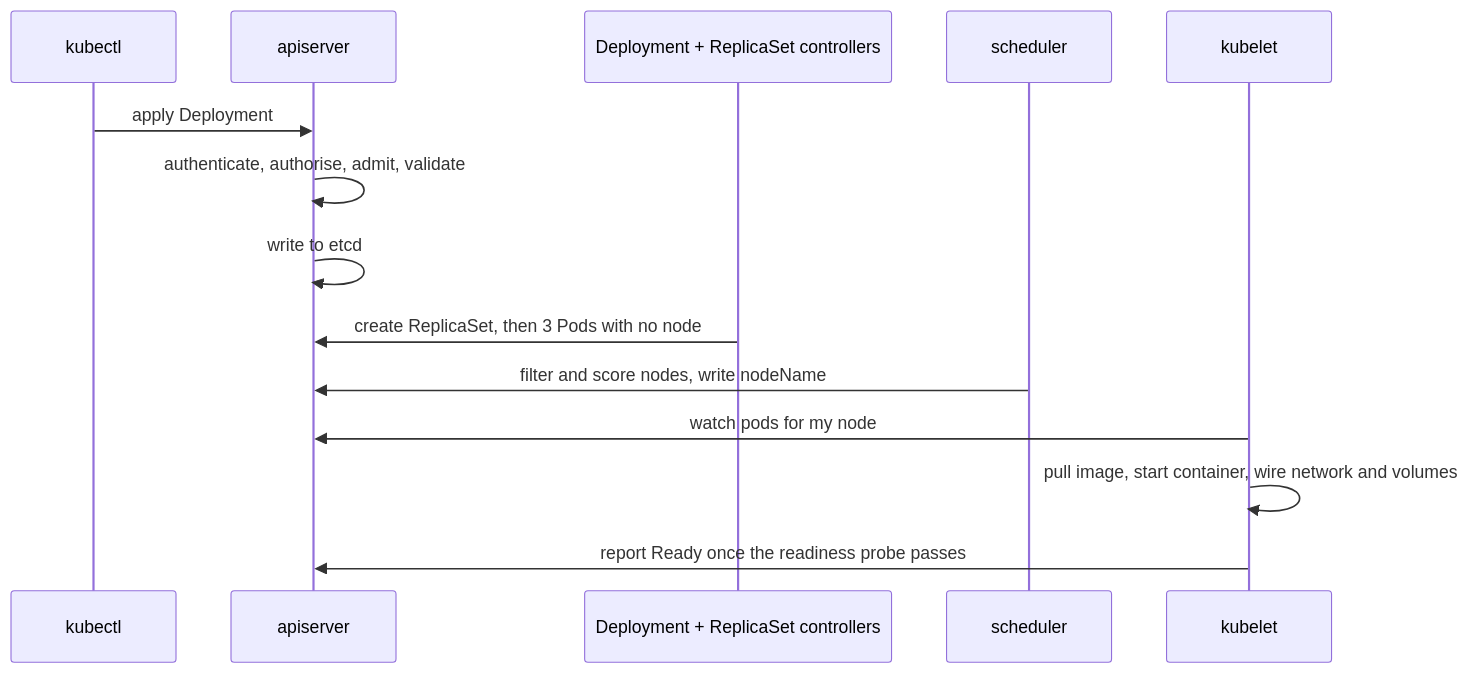
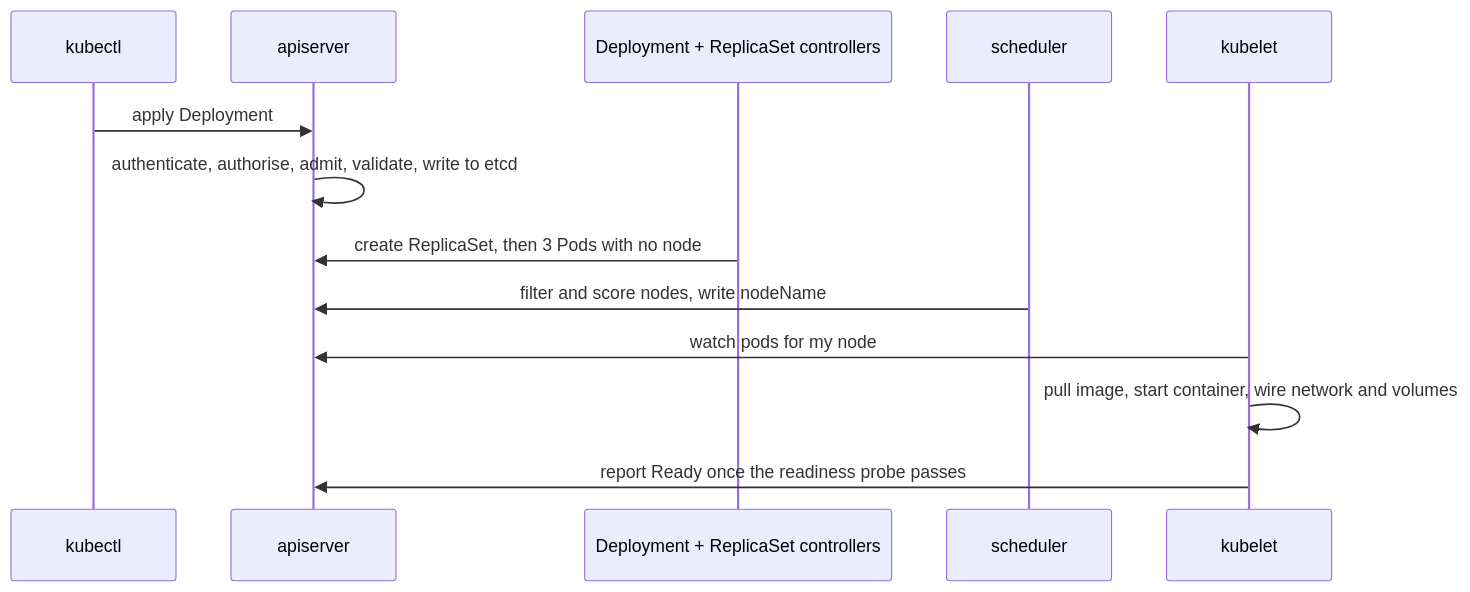
Before and after one commit to salmanbd100/full-stack-software-engineer-guide: the second of 2 diagrams in ShipAndOperate/Containers/04-kubernetes-essentials.md, drawn with Mermaid. The commit also changed other lines of this file and 45 other files, not shown here.

````diff
--- a/ShipAndOperate/Containers/04-kubernetes-essentials.md
+++ b/ShipAndOperate/Containers/04-kubernetes-essentials.md
@@ -60,16 +46,15 @@
 ```mermaid
 sequenceDiagram
   participant You as kubectl
   participant API as apiserver
   participant D as Deployment + ReplicaSet controllers
   participant S as scheduler
   participant K as kubelet
   You->>API: apply Deployment
-  API->>API: authenticate, authorise, admit, validate
-  API->>API: write to etcd
+  API->>API: authenticate, authorise, admit, validate, write to etcd
   D->>API: create ReplicaSet, then 3 Pods with no node
   S->>API: filter and score nodes, write nodeName
   K->>API: watch pods for my node
   K->>K: pull image, start container, wire network and volumes
   K->>API: report Ready once the readiness probe passes
 ```
````
